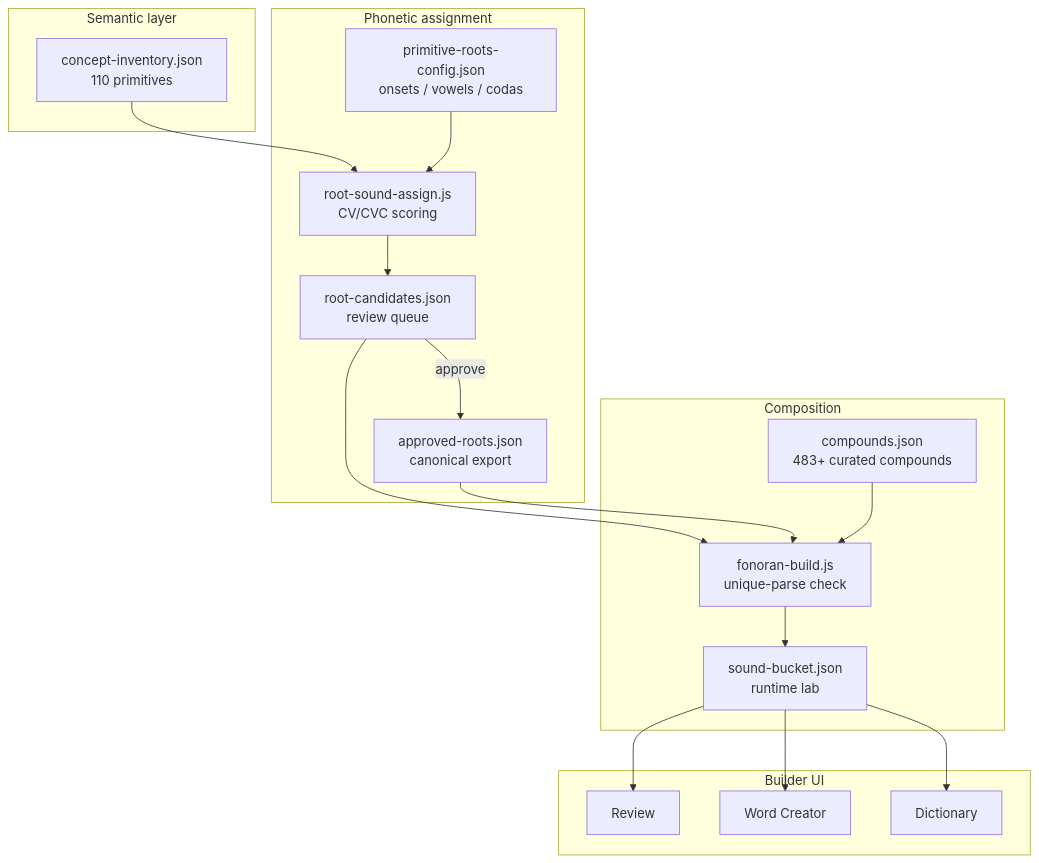
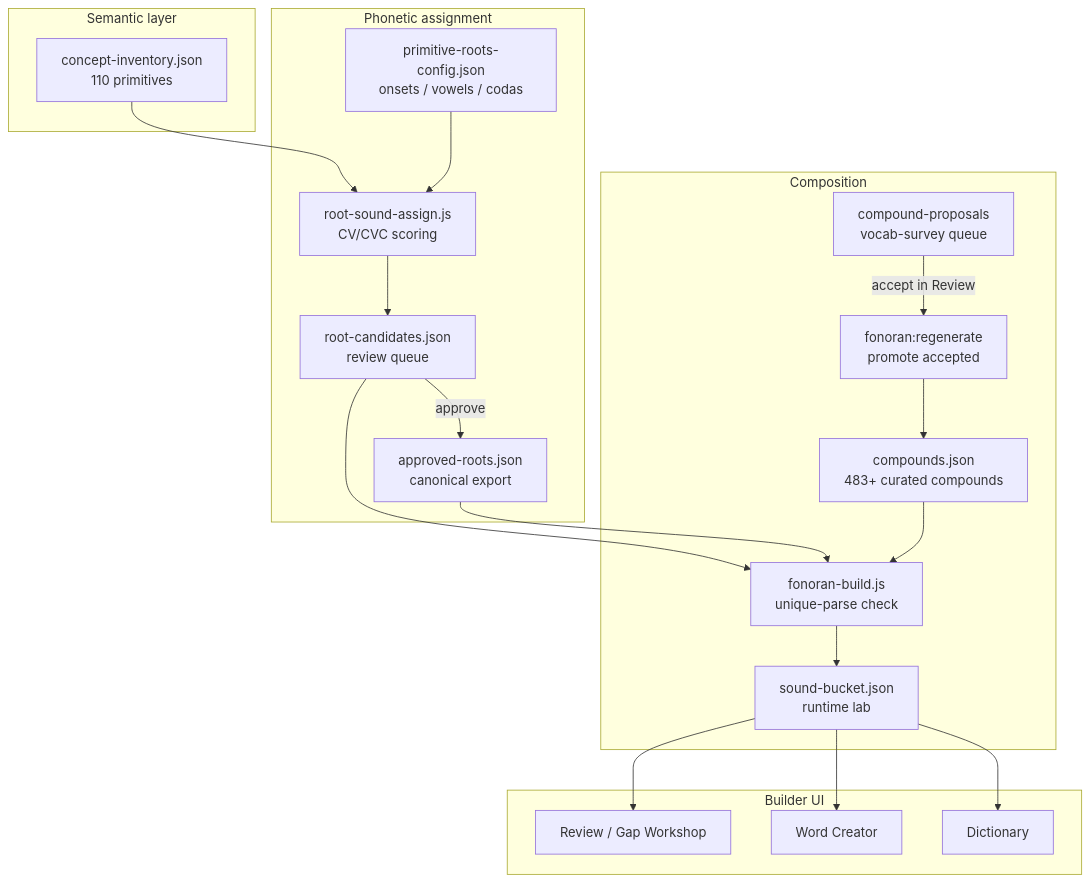
Before and after one commit to Fonora/fonora: the diagram in docs/fonoran.md, drawn with Mermaid. The commit also changed other lines of this file and 19 other files, not shown here.

First line of the commit message:
Refresh operational docs with architecture diagrams and Learn reference.

````diff
--- a/docs/fonoran.md
+++ b/docs/fonoran.md
@@ -20,37 +18,41 @@
 ```mermaid
 flowchart TD
   subgraph semantics [Semantic layer]
     Inventory["concept-inventory.json\n110 primitives"]
   end
 
   subgraph phonetics [Phonetic assignment]
     Config["primitive-roots-config.json\nonsets / vowels / codas"]
     Assign["root-sound-assign.js\nCV/CVC scoring"]
     Candidates["root-candidates.json\nreview queue"]
     Approved["approved-roots.json\ncanonical export"]
   end
 
   subgraph composition [Composition]
     CompoundsJson["compounds.json\n483+ curated compounds"]
+    Proposals["compound-proposals\nvocab-survey queue"]
+    Regen["fonoran:regenerate\npromote accepted"]
     Build["fonoran-build.js\nunique-parse check"]
     Lab["sound-bucket.json\nruntime lab"]
   end
 
   subgraph ui [Builder UI]
-    Review["Review"]
+    Review["Review / Gap Workshop"]
     Creator["Word Creator"]
     Dict["Dictionary"]
   end
 
   Inventory --> Assign
   Config --> Assign
   Assign --> Candidates
   Candidates -->|"approve"| Approved
   Candidates --> Build
   Approved --> Build
+  Proposals -->|"accept in Review"| Regen
+  Regen --> CompoundsJson
   CompoundsJson --> Build
   Build --> Lab
   Lab --> Review
   Lab --> Creator
   Lab --> Dict
 ```
````
